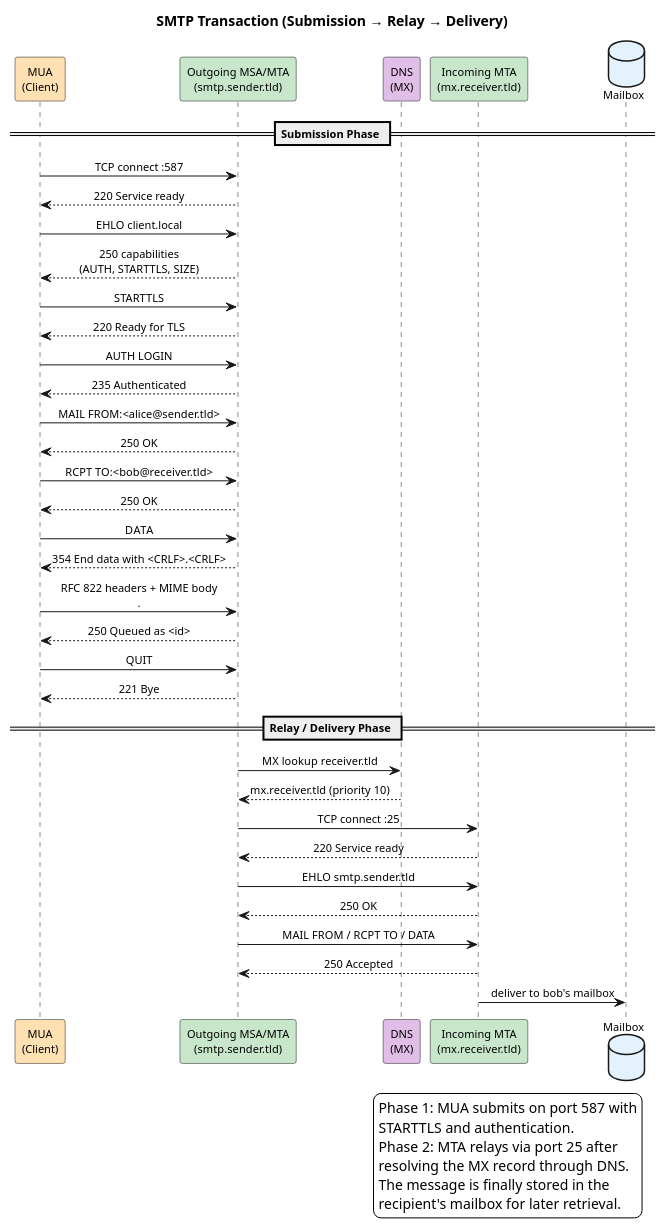
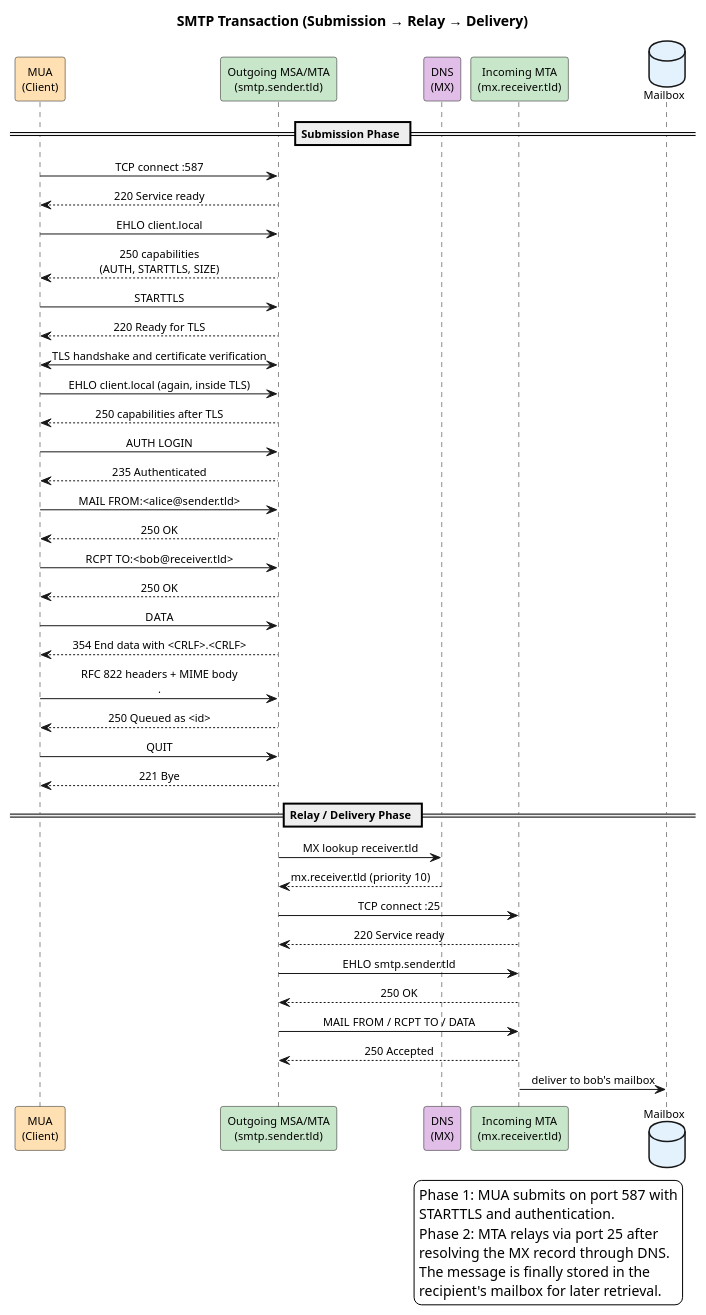
The diagram in 03_LECTURES/C12/assets/puml/fig-smtp-transaction.puml (antonioclim/COMPNET-EN), drawn with PlantUML before and after one commit. The commit also changed 551 other files, not shown here.

```diff
--- a/03_LECTURES/C12/assets/puml/fig-smtp-transaction.puml
+++ b/03_LECTURES/C12/assets/puml/fig-smtp-transaction.puml
@@ -1,57 +1,60 @@
 @startuml fig-smtp-transaction
 skinparam backgroundColor white
 skinparam defaultFontName Arial
 skinparam defaultFontSize 11
 skinparam shadowing false
 skinparam sequenceMessageAlign center
 
 title SMTP Transaction (Submission → Relay → Delivery)
 
 participant "MUA\n(Client)" as MUA #FFE0B2
 participant "Outgoing MSA/MTA\n(smtp.sender.tld)" as MTA1 #C8E6C9
 participant "DNS\n(MX)" as DNS #E1BEE7
 participant "Incoming MTA\n(mx.receiver.tld)" as MTA2 #C8E6C9
 database "Mailbox" as MB #E3F2FD
 
 == Submission Phase ==
 
 MUA -> MTA1 : TCP connect :587
 MTA1 --> MUA : 220 Service ready
 MUA -> MTA1 : EHLO client.local
 MTA1 --> MUA : 250 capabilities\n(AUTH, STARTTLS, SIZE)
 MUA -> MTA1 : STARTTLS
 MTA1 --> MUA : 220 Ready for TLS
+MUA <-> MTA1 : TLS handshake and certificate verification
+MUA -> MTA1 : EHLO client.local (again, inside TLS)
+MTA1 --> MUA : 250 capabilities after TLS
 MUA -> MTA1 : AUTH LOGIN
 MTA1 --> MUA : 235 Authenticated
 MUA -> MTA1 : MAIL FROM:<alice@sender.tld>
 MTA1 --> MUA : 250 OK
 MUA -> MTA1 : RCPT TO:<bob@receiver.tld>
 MTA1 --> MUA : 250 OK
 MUA -> MTA1 : DATA
 MTA1 --> MUA : 354 End data with <CRLF>.<CRLF>
 MUA -> MTA1 : RFC 822 headers + MIME body\n.
 MTA1 --> MUA : 250 Queued as <id>
 MUA -> MTA1 : QUIT
 MTA1 --> MUA : 221 Bye
 
 == Relay / Delivery Phase ==
 
 MTA1 -> DNS : MX lookup receiver.tld
 DNS --> MTA1 : mx.receiver.tld (priority 10)
 MTA1 -> MTA2 : TCP connect :25
 MTA2 --> MTA1 : 220 Service ready
 MTA1 -> MTA2 : EHLO smtp.sender.tld
 MTA2 --> MTA1 : 250 OK
 MTA1 -> MTA2 : MAIL FROM / RCPT TO / DATA
 MTA2 --> MTA1 : 250 Accepted
 MTA2 -> MB : deliver to bob's mailbox
 
 legend right
   Phase 1: MUA submits on port 587 with
   STARTTLS and authentication.
   Phase 2: MTA relays via port 25 after
   resolving the MX record through DNS.
   The message is finally stored in the
   recipient's mailbox for later retrieval.
 endlegend
 @enduml
```
